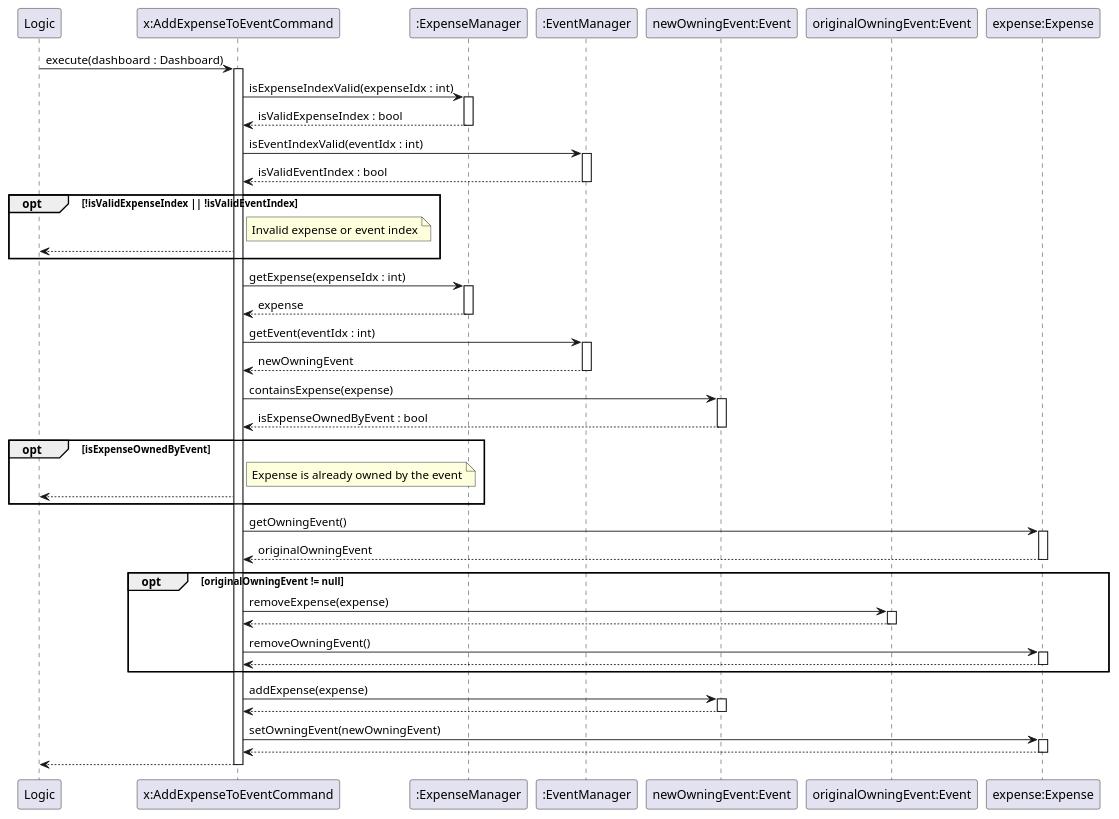
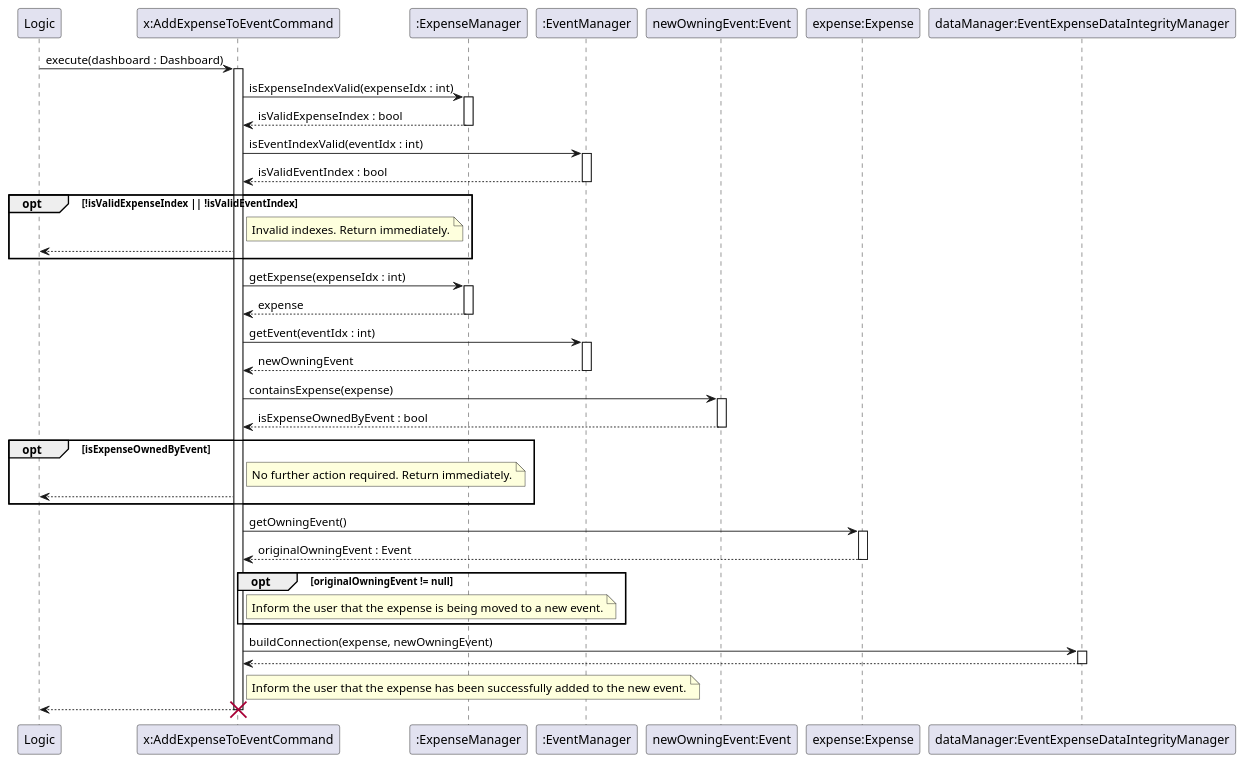
One commit to JianJiaT/tp changed the diagram in docs/team/UML_Files/executeAddExpenseToEventCommand.puml. Above: the diagram before and after it, drawn with PlantUML. The commit also changed 3 other files, not shown here.

```diff
--- a/docs/team/UML_Files/executeAddExpenseToEventCommand.puml
+++ b/docs/team/UML_Files/executeAddExpenseToEventCommand.puml
@@ -1,82 +1,77 @@
 @startuml
 participant Logic 
 participant "x:AddExpenseToEventCommand" as Command
 participant ":ExpenseManager" as ExpenseManager
 participant ":EventManager" as EventManager
 participant "newOwningEvent:Event" as noe
-participant "originalOwningEvent:Event" as ooe
 participant "expense:Expense" as Expense
+participant "dataManager:EventExpenseDataIntegrityManager" as dataManager
 
 
 Logic -> Command: execute(dashboard : Dashboard)
 activate Command
 
 Command -> ExpenseManager: isExpenseIndexValid(expenseIdx : int)
 activate ExpenseManager
 ExpenseManager --> Command: isValidExpenseIndex : bool
 deactivate ExpenseManager
 
 Command -> EventManager: isEventIndexValid(eventIdx : int)
 activate EventManager
 EventManager --> Command: isValidEventIndex : bool
 deactivate EventManager
 
 opt !isValidExpenseIndex || !isValidEventIndex
     note right of Command
-        Invalid expense or event index
+        Invalid indexes. Return immediately.
     end note
     Command --> Logic: 
 end
 
 Command -> ExpenseManager: getExpense(expenseIdx : int)
 activate ExpenseManager
 ExpenseManager --> Command: expense
 deactivate ExpenseManager
 
 Command -> EventManager: getEvent(eventIdx : int)
 activate EventManager
 EventManager --> Command: newOwningEvent
 deactivate EventManager
 
 Command -> noe : containsExpense(expense)
 activate noe
 noe --> Command: isExpenseOwnedByEvent : bool
 deactivate noe
 
 opt isExpenseOwnedByEvent
     note right of Command
-        Expense is already owned by the event
+        No further action required. Return immediately.
     end note
     Command --> Logic:
 end
 
 Command -> Expense: getOwningEvent()
 activate Expense
-Expense --> Command: originalOwningEvent
+Expense --> Command: originalOwningEvent : Event
 deactivate Expense
 
 opt originalOwningEvent != null
-    Command -> ooe: removeExpense(expense)
-    activate ooe
-    ooe --> Command:
-    deactivate ooe
-    Command -> Expense: removeOwningEvent()
-    activate Expense
-    Expense --> Command:
-    deactivate Expense
+    note right of Command
+        Inform the user that the expense is being moved to a new event.
+    end note
 end
 
-Command -> noe: addExpense(expense)
-activate noe
-noe --> Command:
-deactivate noe
+Command -> dataManager: buildConnection(expense, newOwningEvent)
+activate dataManager
+dataManager --> Command:
+deactivate dataManager
 
-Command -> Expense: setOwningEvent(newOwningEvent)
-activate Expense
-Expense --> Command:
-deactivate Expense
+note right of Command
+    Inform the user that the expense has been successfully added to the new event.
+end note
 
 Command --> Logic:
 deactivate Command
+destroy Command
 
 @enduml
```
